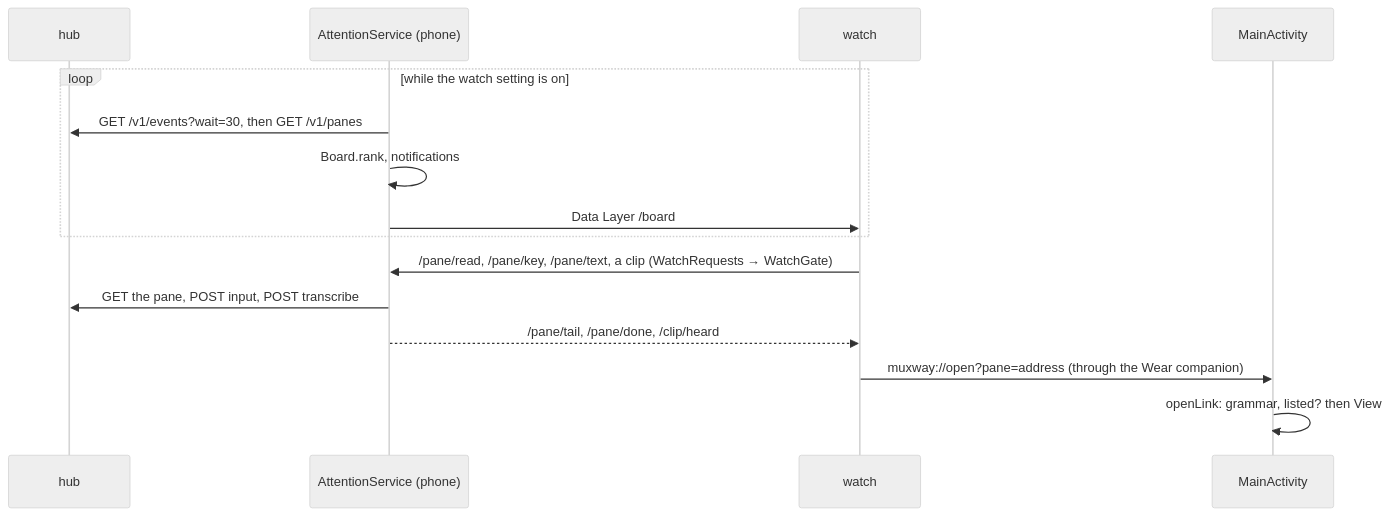
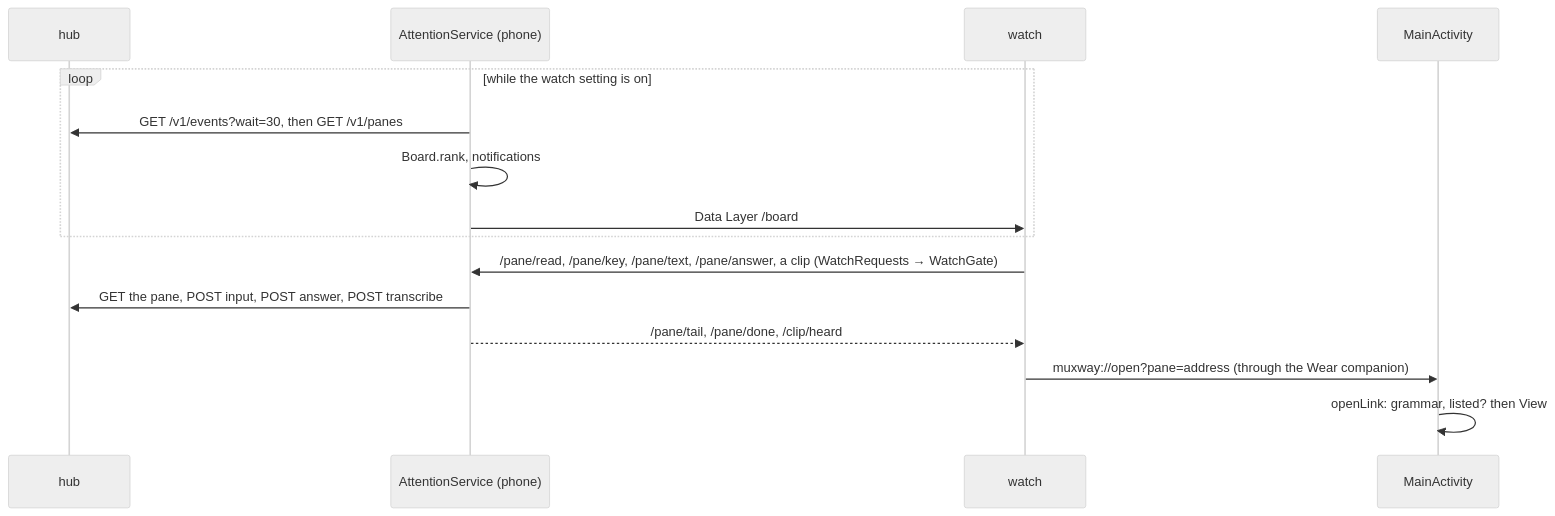
The fifth of 5 diagrams in docs/ARCHITECTURE.md (notmarkopadjen/muxway-android), drawn with Mermaid (neutral theme) before and after one commit. The commit also changed other lines of this file and 12 other files, not shown here.

Commit message:
A question's choices on the notification, up to three actions answered from the service after a check against its own listing; on the board's row to the watch, first in its reply menu, through the gate's answer that takes only a choice the listing carries

````diff
--- a/docs/ARCHITECTURE.md
+++ b/docs/ARCHITECTURE.md
@@ -120,17 +120,17 @@
 ```mermaid
 sequenceDiagram
     participant H as hub
     participant S as AttentionService (phone)
     participant W as watch
     participant A as MainActivity
     loop while the watch setting is on
         S->>H: GET /v1/events?wait=30, then GET /v1/panes
         S->>S: Board.rank, notifications
         S->>W: Data Layer /board
     end
-    W->>S: /pane/read, /pane/key, /pane/text, a clip (WatchRequests → WatchGate)
-    S->>H: GET the pane, POST input, POST transcribe
+    W->>S: /pane/read, /pane/key, /pane/text, /pane/answer, a clip (WatchRequests → WatchGate)
+    S->>H: GET the pane, POST input, POST answer, POST transcribe
     S-->>W: /pane/tail, /pane/done, /clip/heard
     W->>A: muxway://open?pane=address (through the Wear companion)
     A->>A: openLink: grammar, listed? then View
 ```
````
